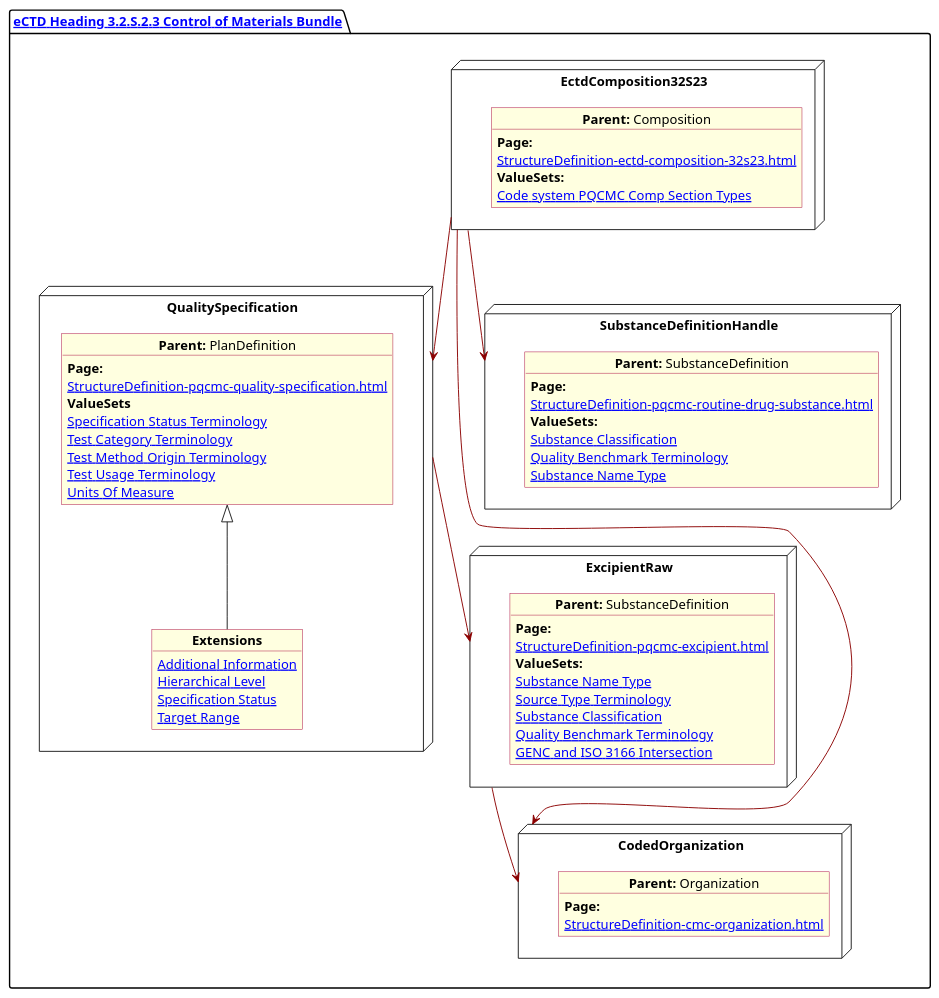
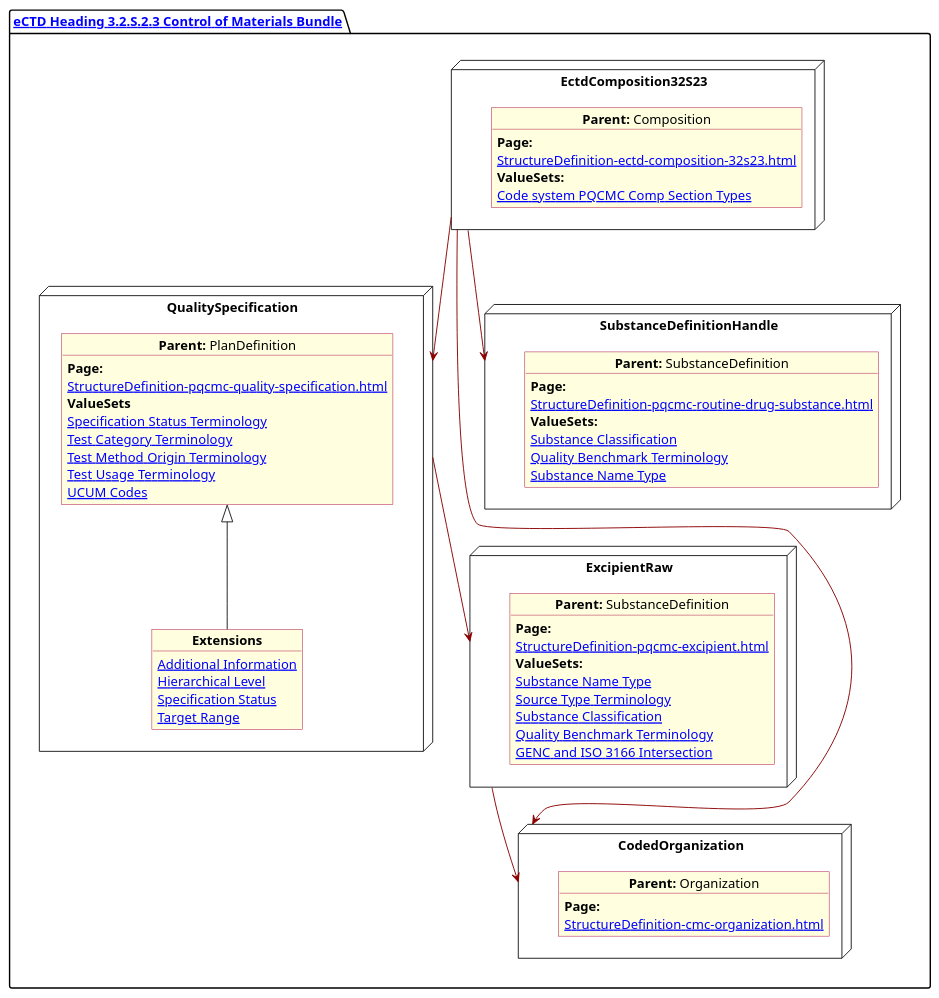
The diagram in input/images-source/SubstanceControlMat.plantuml (HL7/FHIR-us-pq-cmc-fda), drawn with PlantUML before and after one commit. The commit also changed 8 other files, not shown here.

Commit message:
Added diagram of batch analysis and removed  all Hyperlink old value set

```diff
--- a/input/images-source/SubstanceControlMat.plantuml
+++ b/input/images-source/SubstanceControlMat.plantuml
@@ -1,83 +1,83 @@
 @startuml SubstanceControlMat
 allowmixing
 'Mixed model of use case and object
 skinparam svgDimensionStyle false
 skinparam ObjectBackgroundColor LightYellow
 skinparam ObjectBorderColor #A80036
 skinparam activityDiamondBorderColor #A80036
 skinparam activityDiamondBackgroundColor lawnGreen
 skinparam ClassBorderThickness 4
 
 package "[[StructureDefinition-cmc-ectd-document-32s23.html eCTD Heading 3.2.S.2.3 Control of Materials Bundle]]" as NODES {
 
     node "QualitySpecification" as N2 {
 
         object "**Parent:** PlanDefinition" as obj2 {
             **Page:**
             [[StructureDefinition-pqcmc-quality-specification.html]]
             **ValueSets**
             [[ValueSet-pqcmc-specification-status-terminology.html Specification Status Terminology]]
             [[ValueSet-pqcmc-test-category-terminology.html Test Category Terminology]]
             [[ValueSet-pqcmc-test-method-origin-terminology.html Test Method Origin Terminology]]
             [[ValueSet-pqcmc-test-usage-terminology.html Test Usage Terminology]]
-            [[ValueSet-pqcmc-units-of-measure.html Units Of Measure]]
+            [[http://hl7.org/fhir/ValueSet/ucum-units.html UCUM Codes]]
         }
         object "**Extensions**" as objQSEx {
             [[StructureDefinition-pq-additional-info-extension.html Additional Information]]
             [[StructureDefinition-pq-hierarchical-level-extension.html Hierarchical Level]]
             [[StructureDefinition-pq-specification-status-extension.html Specification Status]]
             [[StructureDefinition-pq-target-range.html Target Range]]
         }
         obj2 <|-- objQSEx
     }
     node "EctdComposition32S23" as N1 {
 
         object "**Parent:** Composition" as obj1 {
             **Page:**
             [[StructureDefinition-ectd-composition-32s23.html]]
             **ValueSets:**
             [[ValueSet-cmc-comp-section-types-vs.html Code system PQCMC Comp Section Types]]
         }
     }
 
     node "ExcipientRaw" as N21 {
 
         object "**Parent:** SubstanceDefinition" as obj22 {
             **Page:**
             [[StructureDefinition-pqcmc-excipient.html]]
             **ValueSets:**
             [[ValueSet-pqcmc-substance-name-type.html Substance Name Type]]
             [[ValueSet-pqcmc-source-type-terminology.html Source Type Terminology]]
             [[ValueSet-substance-classification.html Substance Classification]]
             [[ValueSet-pqcmc-quality-benchmark-terminology.html Quality Benchmark Terminology]]
             [[ValueSet-pqcmc-genc-and-iso-intersect.html GENC and ISO 3166 Intersection]]
         }
     }
     node "CodedOrganization" as NSO {
 
         object "**Parent:** Organization" as objAu {
             **Page:**
             [[StructureDefinition-cmc-organization.html]]
-     
+
         }
     }
 
     node "SubstanceDefinitionHandle" as NN {
 
         object "**Parent:** SubstanceDefinition" as obj3 {
             **Page:**
             [[StructureDefinition-pqcmc-routine-drug-substance.html]]
             **ValueSets:**
             [[ValueSet-substance-classification.html Substance Classification]]
             [[ValueSet-pqcmc-quality-benchmark-terminology.html Quality Benchmark Terminology]]
             [[ValueSet-pqcmc-substance-name-type.html Substance Name Type]]
         }
     }
 
     N1 -[#darkred]--> N2
     N2 -[#darkred]-> N21
     N1 -[#darkred]--> NSO
     N1 -[#darkred]--> NN
     N21 -[#darkred]-> NSO
 }
 @enduml
```
